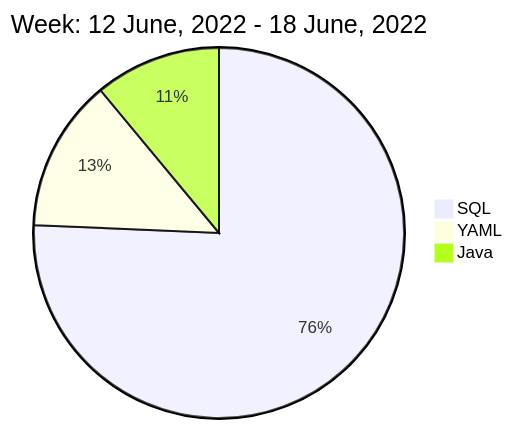
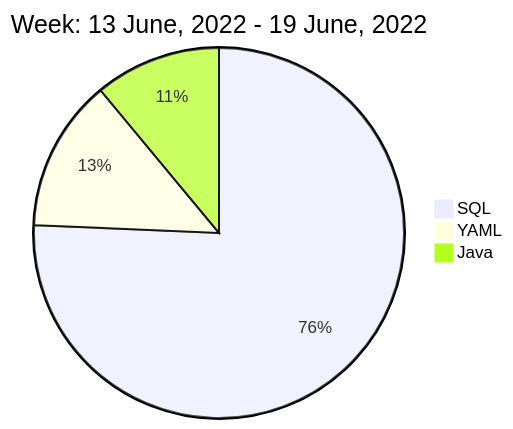
One commit to liubin95/liubin95 changed the diagram in README.md. Above: the diagram before and after it, drawn with Mermaid.

Commit message:
Updated the Graph with new Metrics

````diff
--- a/README.md
+++ b/README.md
@@ -40,7 +40,7 @@
 ```mermaid
  pie
-title Week: 12 June, 2022 - 18 June, 2022
+title Week: 13 June, 2022 - 19 June, 2022
  "SQL" : 7.0
  "YAML" : 1.23
  "Java" : 1.02
 ```
````
